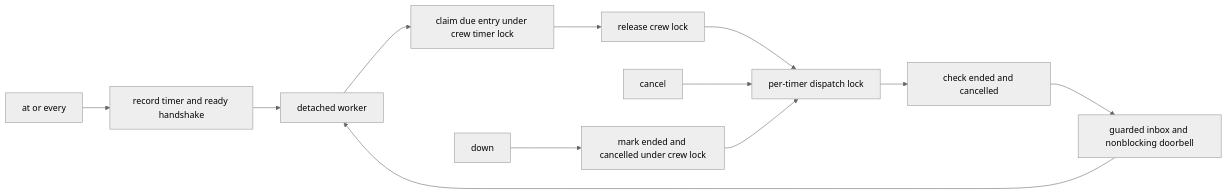
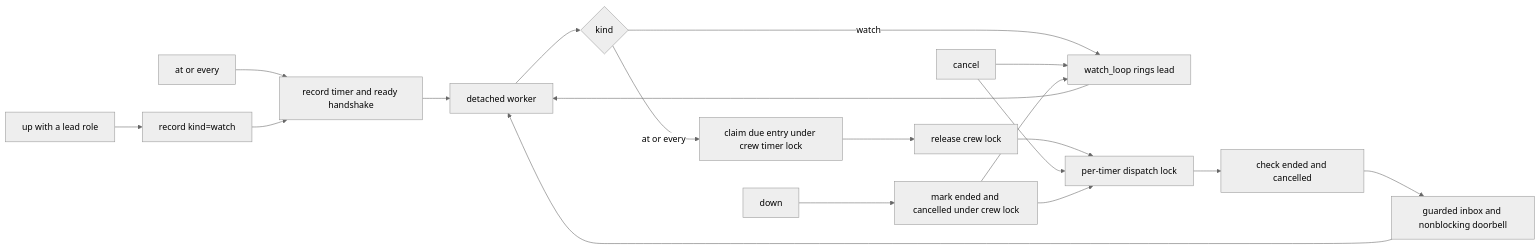
One commit to mifwar/crew changed the diagram in lode/cli/timers.md. Above: the diagram before and after it, drawn with Mermaid (neutral theme). The commit also changed other lines of this file and 20 other files, not shown here.

````diff
--- a/lode/cli/timers.md
+++ b/lode/cli/timers.md
@@ -29,14 +41,21 @@
 ```mermaid
 flowchart LR
   add[at or every] --> files[record timer and ready handshake]
+  up[up with a lead role] --> watchrec[record kind=watch]
+  watchrec --> files
   files --> worker[detached worker]
-  worker --> claim[claim due entry under crew timer lock]
+  worker --> kind{kind}
+  kind -->|watch| scan[watch_loop rings lead]
+  scan --> worker
+  kind -->|at or every| claim[claim due entry under crew timer lock]
   claim --> release[release crew lock]
   release --> dispatch[per-timer dispatch lock]
   dispatch --> check[check ended and cancelled]
   check --> deliver[guarded inbox and nonblocking doorbell]
   deliver --> worker
   cancel[cancel] --> dispatch
+  cancel --> scan
   down[down] --> mark[mark ended and cancelled under crew lock]
   mark --> dispatch
+  mark --> scan
 ```
````
